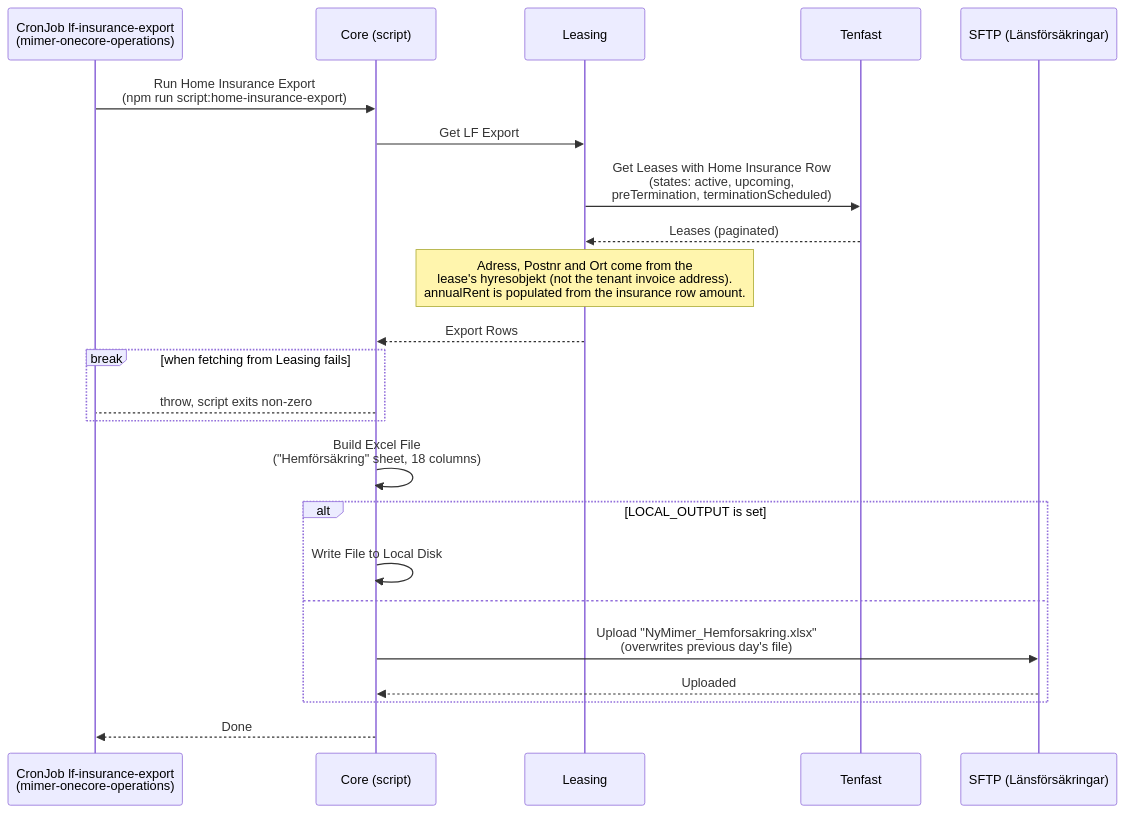
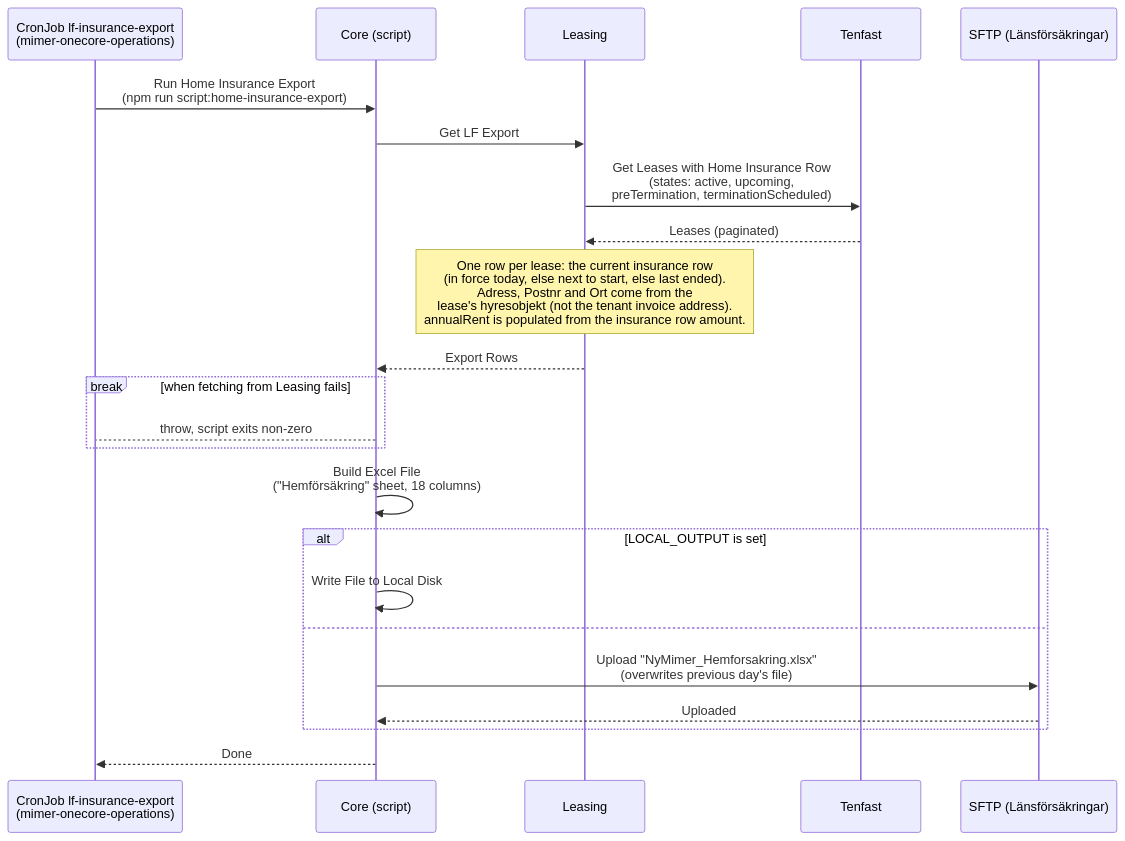
One commit to Bostads-AB-Mimer/onecore changed the second of 2 diagrams in core/src/processes/homeinsurance/DOCS_Export_Home_Insurance_to_Lansforsakringar.md. Above: the diagram before and after it, drawn with Mermaid. The commit also changed other lines of this file and 62 other files, not shown here.

````diff
--- a/core/src/processes/homeinsurance/DOCS_Export_Home_Insurance_to_Lansforsakringar.md
+++ b/core/src/processes/homeinsurance/DOCS_Export_Home_Insurance_to_Lansforsakringar.md
@@ -29,32 +37,32 @@
 ```mermaid
 sequenceDiagram
     participant CronJob as CronJob lf-insurance-export<br/>(mimer-onecore-operations)
     participant Core as Core (script)
     participant Leasing as Leasing
     participant Tenfast as Tenfast
     participant SFTP as SFTP (Länsförsäkringar)
 
     CronJob ->> Core: Run Home Insurance Export<br/>(npm run script:home-insurance-export)
 
     Core ->> Leasing: Get LF Export
     Leasing ->> Tenfast: Get Leases with Home Insurance Row<br/>(states: active, upcoming,<br/>preTermination, terminationScheduled)
     Tenfast -->> Leasing: Leases (paginated)
-    note over Leasing: Adress, Postnr and Ort come from the<br/>lease's hyresobjekt (not the tenant invoice address).<br/>annualRent is populated from the insurance row amount.
+    note over Leasing: One row per lease: the current insurance row<br/>(in force today, else next to start, else last ended).<br/>Adress, Postnr and Ort come from the<br/>lease's hyresobjekt (not the tenant invoice address).<br/>annualRent is populated from the insurance row amount.
     Leasing -->> Core: Export Rows
 
     break when fetching from Leasing fails
         Core-->CronJob: throw, script exits non-zero
     end
 
     Core ->> Core: Build Excel File<br/>("Hemförsäkring" sheet, 18 columns)
 
     alt LOCAL_OUTPUT is set
         Core ->> Core: Write File to Local Disk
     else
         Core ->> SFTP: Upload "NyMimer_Hemforsakring.xlsx"<br/>(overwrites previous day's file)
         SFTP -->> Core: Uploaded
     end
 
     Core -->> CronJob: Done
 
 ```
````
